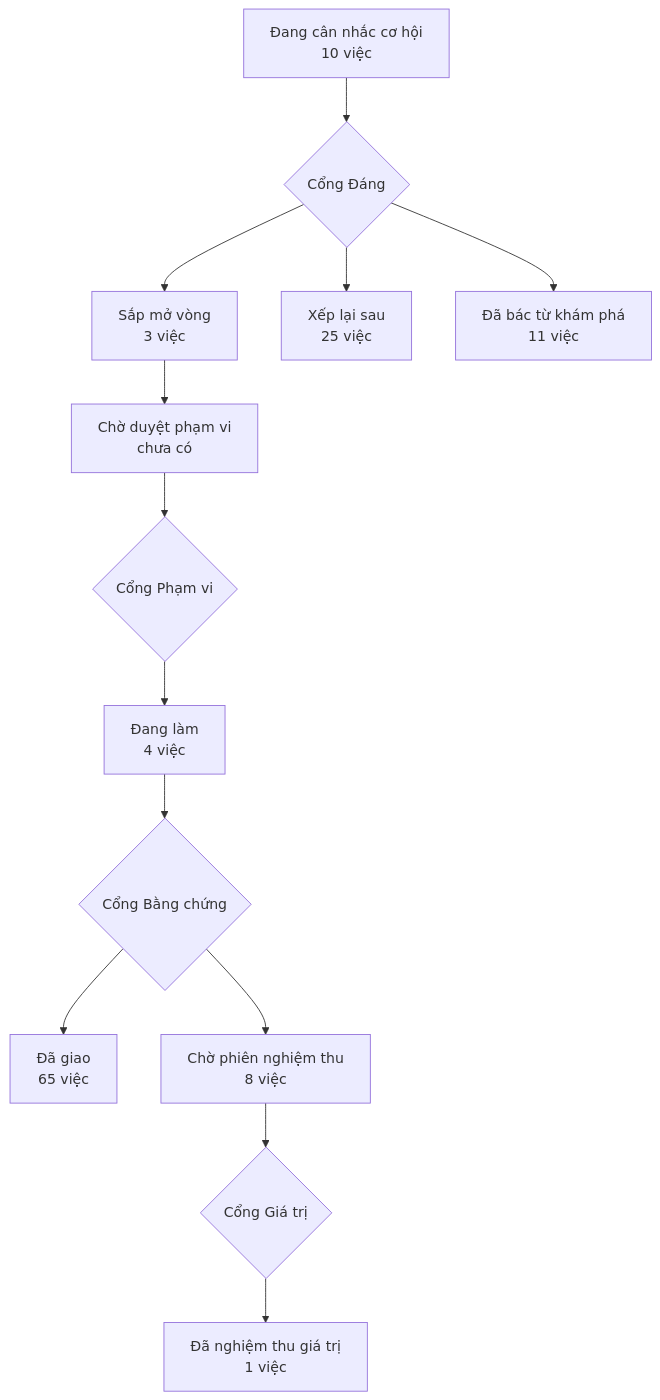
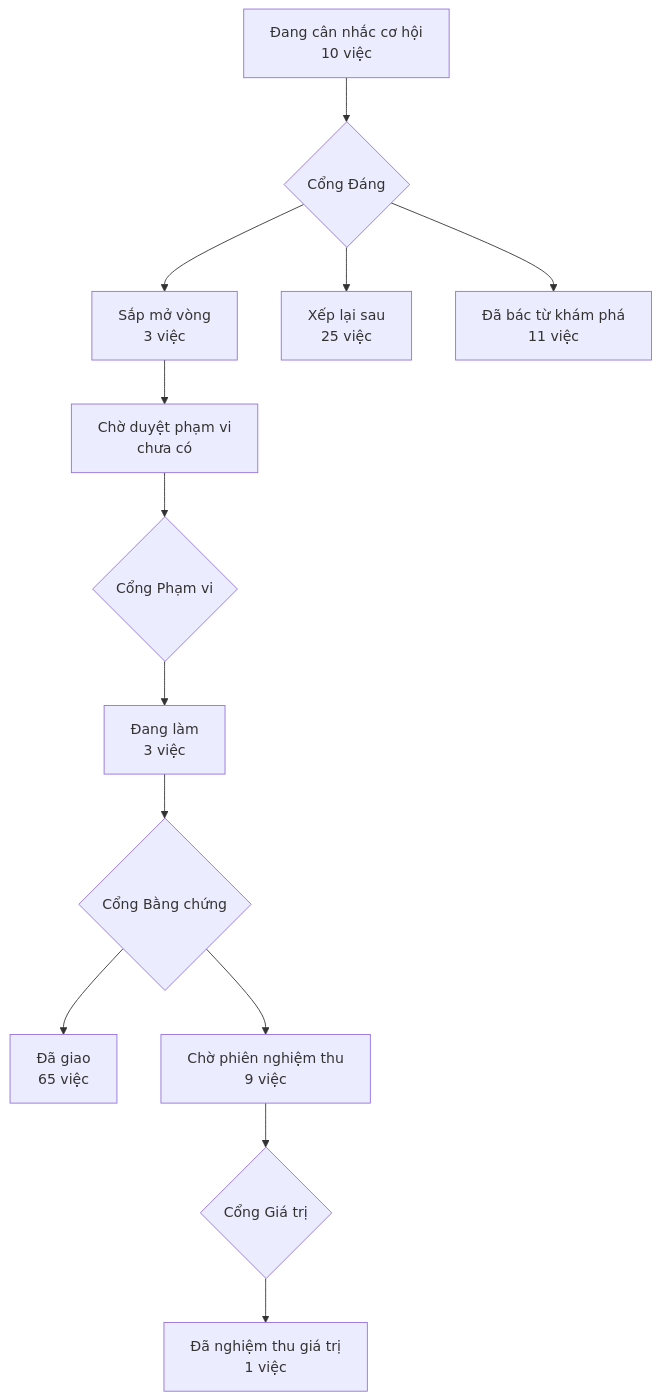
The diagram in PRODUCT-MAP.md (phanlemanh/acceptance-gate-kit), drawn with Mermaid before and after one commit. The commit also changed 4 other files, not shown here.

````diff
--- a/PRODUCT-MAP.md
+++ b/PRODUCT-MAP.md
@@ -6,12 +6,12 @@
 ```mermaid
 flowchart TD
   A["Đang cân nhắc cơ hội<br/>10 việc"] --> GD{"Cổng Đáng"}
   GD --> B["Sắp mở vòng<br/>3 việc"]
   GD --> XL["Xếp lại sau<br/>25 việc"]
   GD --> DB["Đã bác từ khám phá<br/>11 việc"]
   B --> CD["Chờ duyệt phạm vi<br/>chưa có"] --> GP{"Cổng Phạm vi"}
-  GP --> DL["Đang làm<br/>4 việc"] --> GB{"Cổng Bằng chứng"}
+  GP --> DL["Đang làm<br/>3 việc"] --> GB{"Cổng Bằng chứng"}
   GB --> DG["Đã giao<br/>65 việc"]
-  GB --> CN["Chờ phiên nghiệm thu<br/>8 việc"] --> GG{"Cổng Giá trị"}
+  GB --> CN["Chờ phiên nghiệm thu<br/>9 việc"] --> GG{"Cổng Giá trị"}
   GG --> NT["Đã nghiệm thu giá trị<br/>1 việc"]
 ```
````
